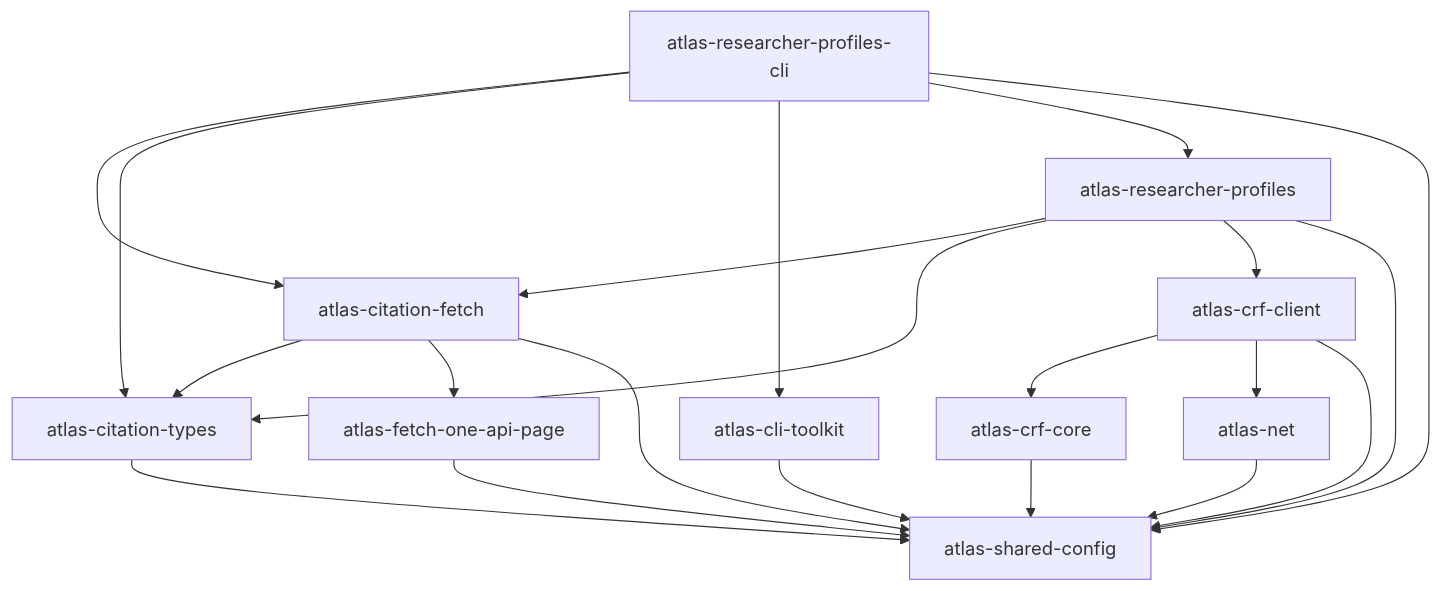
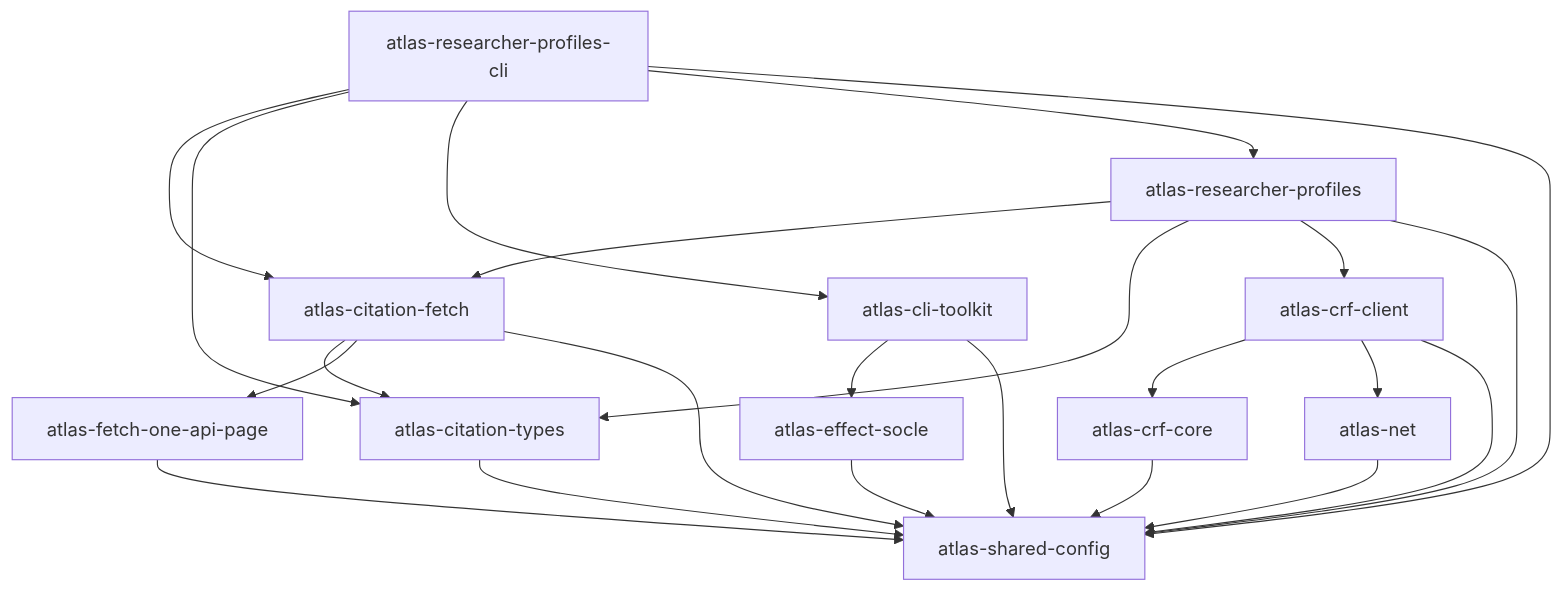
Before and after one commit to univ-lehavre/atlas: diagram 13 of 19 in docs/src/content/docs/architecture/packages.md, drawn with Mermaid. The commit also changed other lines of this file and 17 other files, not shown here.

First line of the commit message:
refactor(cli-toolkit): unifier l'amorçage des clis effect sur un runner unique

````diff
--- a/docs/src/content/docs/architecture/packages.md
+++ b/docs/src/content/docs/architecture/packages.md
@@ -473,33 +493,36 @@
 ```mermaid
 flowchart TD
   _univ_lehavre_atlas_citation_fetch["atlas-citation-fetch"]
   _univ_lehavre_atlas_citation_types["atlas-citation-types"]
   _univ_lehavre_atlas_cli_toolkit["atlas-cli-toolkit"]
   _univ_lehavre_atlas_crf_client["atlas-crf-client"]
   _univ_lehavre_atlas_crf_core["atlas-crf-core"]
+  _univ_lehavre_atlas_effect_socle["atlas-effect-socle"]
   _univ_lehavre_atlas_fetch_one_api_page["atlas-fetch-one-api-page"]
   _univ_lehavre_atlas_net["atlas-net"]
   _univ_lehavre_atlas_researcher_profiles["atlas-researcher-profiles"]
   _univ_lehavre_atlas_researcher_profiles_cli["atlas-researcher-profiles-cli"]
   _univ_lehavre_atlas_shared_config["atlas-shared-config"]
   _univ_lehavre_atlas_citation_fetch --> _univ_lehavre_atlas_citation_types
   _univ_lehavre_atlas_citation_fetch --> _univ_lehavre_atlas_fetch_one_api_page
   _univ_lehavre_atlas_citation_fetch --> _univ_lehavre_atlas_shared_config
   _univ_lehavre_atlas_citation_types --> _univ_lehavre_atlas_shared_config
+  _univ_lehavre_atlas_cli_toolkit --> _univ_lehavre_atlas_effect_socle
   _univ_lehavre_atlas_cli_toolkit --> _univ_lehavre_atlas_shared_config
   _univ_lehavre_atlas_crf_client --> _univ_lehavre_atlas_crf_core
   _univ_lehavre_atlas_crf_client --> _univ_lehavre_atlas_net
   _univ_lehavre_atlas_crf_client --> _univ_lehavre_atlas_shared_config
   _univ_lehavre_atlas_crf_core --> _univ_lehavre_atlas_shared_config
+  _univ_lehavre_atlas_effect_socle --> _univ_lehavre_atlas_shared_config
   _univ_lehavre_atlas_fetch_one_api_page --> _univ_lehavre_atlas_shared_config
   _univ_lehavre_atlas_net --> _univ_lehavre_atlas_shared_config
   _univ_lehavre_atlas_researcher_profiles --> _univ_lehavre_atlas_citation_fetch
   _univ_lehavre_atlas_researcher_profiles --> _univ_lehavre_atlas_citation_types
   _univ_lehavre_atlas_researcher_profiles --> _univ_lehavre_atlas_crf_client
   _univ_lehavre_atlas_researcher_profiles --> _univ_lehavre_atlas_shared_config
   _univ_lehavre_atlas_researcher_profiles_cli --> _univ_lehavre_atlas_citation_fetch
   _univ_lehavre_atlas_researcher_profiles_cli --> _univ_lehavre_atlas_citation_types
   _univ_lehavre_atlas_researcher_profiles_cli --> _univ_lehavre_atlas_cli_toolkit
   _univ_lehavre_atlas_researcher_profiles_cli --> _univ_lehavre_atlas_researcher_profiles
   _univ_lehavre_atlas_researcher_profiles_cli --> _univ_lehavre_atlas_shared_config
 ```
````
